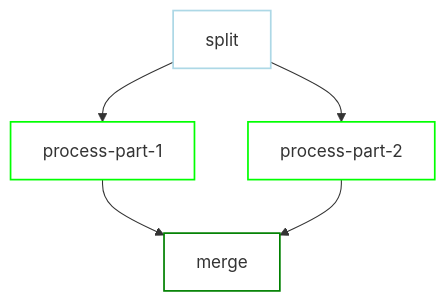
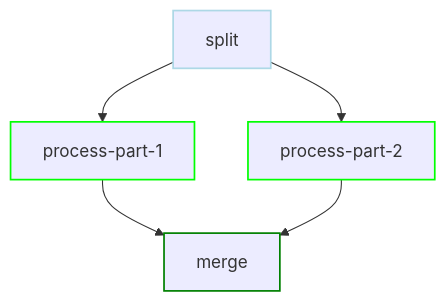
The third of 4 diagrams in docs-next/getting-started/first-workflow.md (dagu-org/dagu), drawn with Mermaid before and after one commit. The commit also changed other lines of this file and 8 other files, not shown here.

````diff
--- a/docs-next/getting-started/first-workflow.md
+++ b/docs-next/getting-started/first-workflow.md
@@ -368,12 +439,12 @@
 ```mermaid
 graph TD
     A[split] --> B[process-part-1]
     A --> C[process-part-2]
     B --> D[merge]
     C --> D
     
-    style A fill:white,stroke:lightblue,stroke-width:1.6px,color:#333
-    style B fill:white,stroke:lime,stroke-width:1.6px,color:#333
-    style C fill:white,stroke:lime,stroke-width:1.6px,color:#333
-    style D fill:white,stroke:green,stroke-width:1.6px,color:#333
+    style A stroke:lightblue,stroke-width:1.6px,color:#333
+    style B stroke:lime,stroke-width:1.6px,color:#333
+    style C stroke:lime,stroke-width:1.6px,color:#333
+    style D stroke:green,stroke-width:1.6px,color:#333
 ```
````
